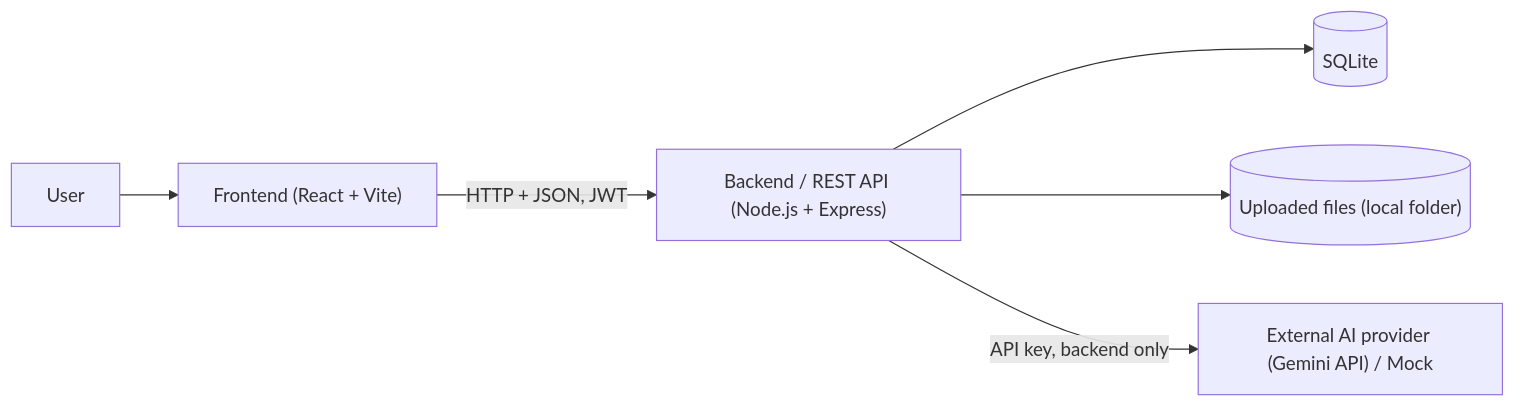
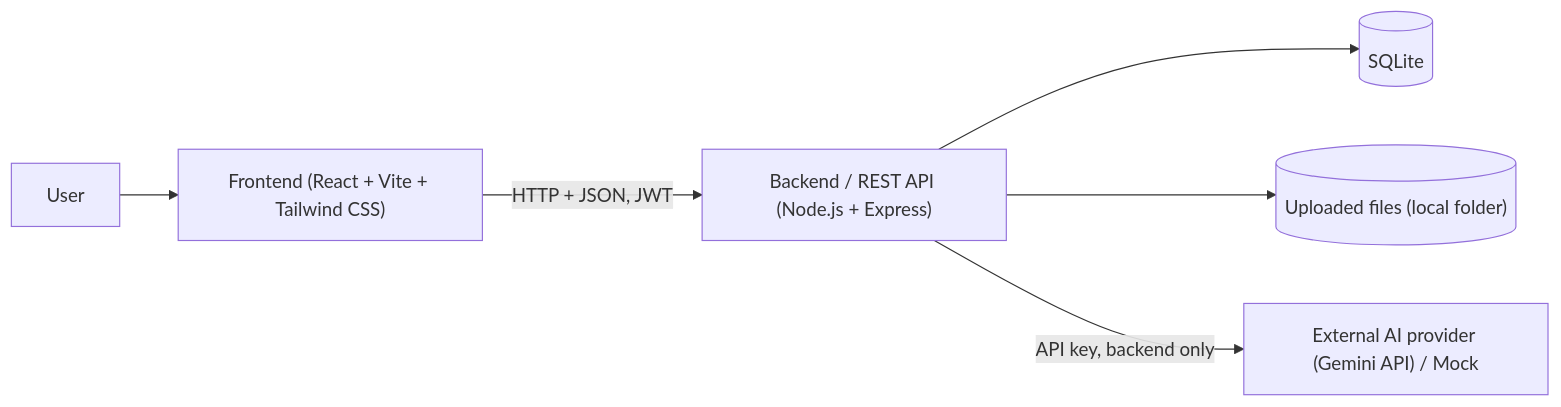
One commit to Alsoren/child-development-platform changed the first of 7 diagrams in docs/SDD.md. Above: the diagram before and after it, drawn with Mermaid. The commit also changed other lines of this file, not shown here.

Commit message:
SCRUM-36 finalize SDD: align with code, schema and API status

````diff
--- a/docs/SDD.md
+++ b/docs/SDD.md
@@ -13,8 +13,8 @@
 ```mermaid
 flowchart LR
-    User --> Frontend["Frontend (React + Vite)"]
+    User --> Frontend["Frontend (React + Vite + Tailwind CSS)"]
     Frontend -->|"HTTP + JSON, JWT"| Backend["Backend / REST API (Node.js + Express)"]
     Backend --> DB[(SQLite)]
     Backend --> Files[("Uploaded files (local folder)")]
     Backend -->|"API key, backend only"| AI["External AI provider (Gemini API) / Mock"]
 ```
````
